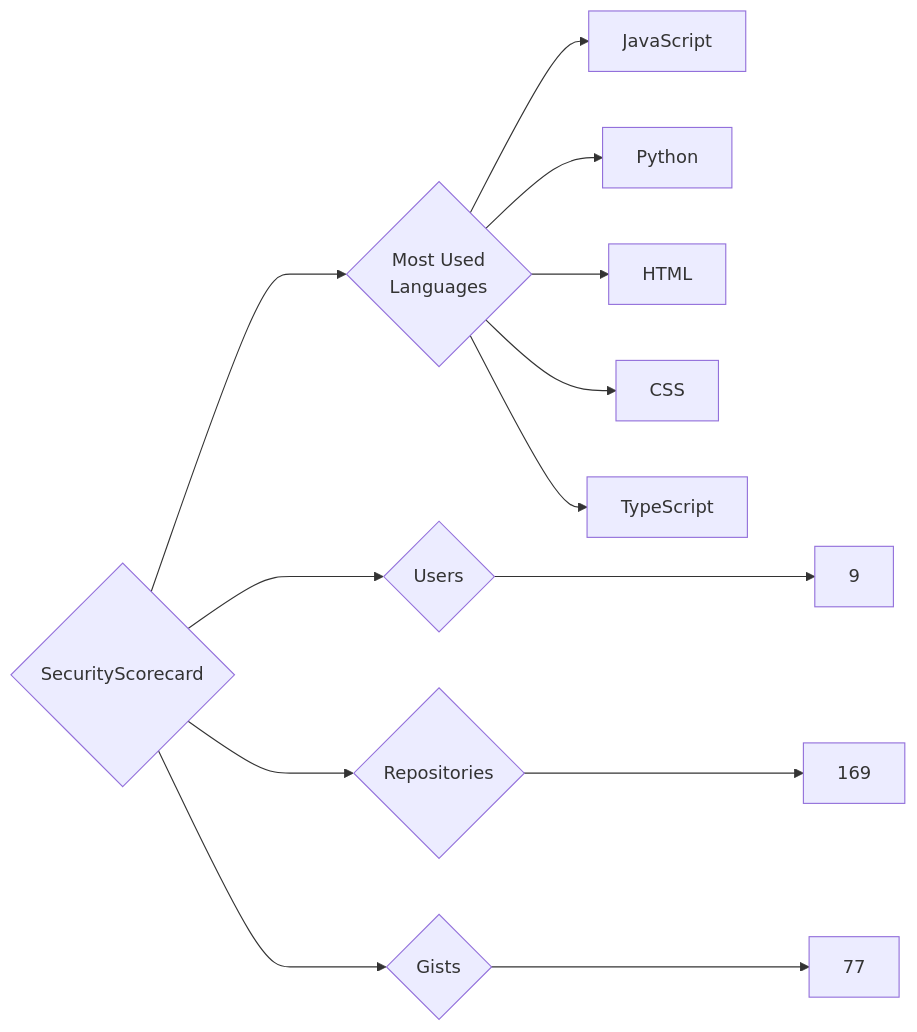
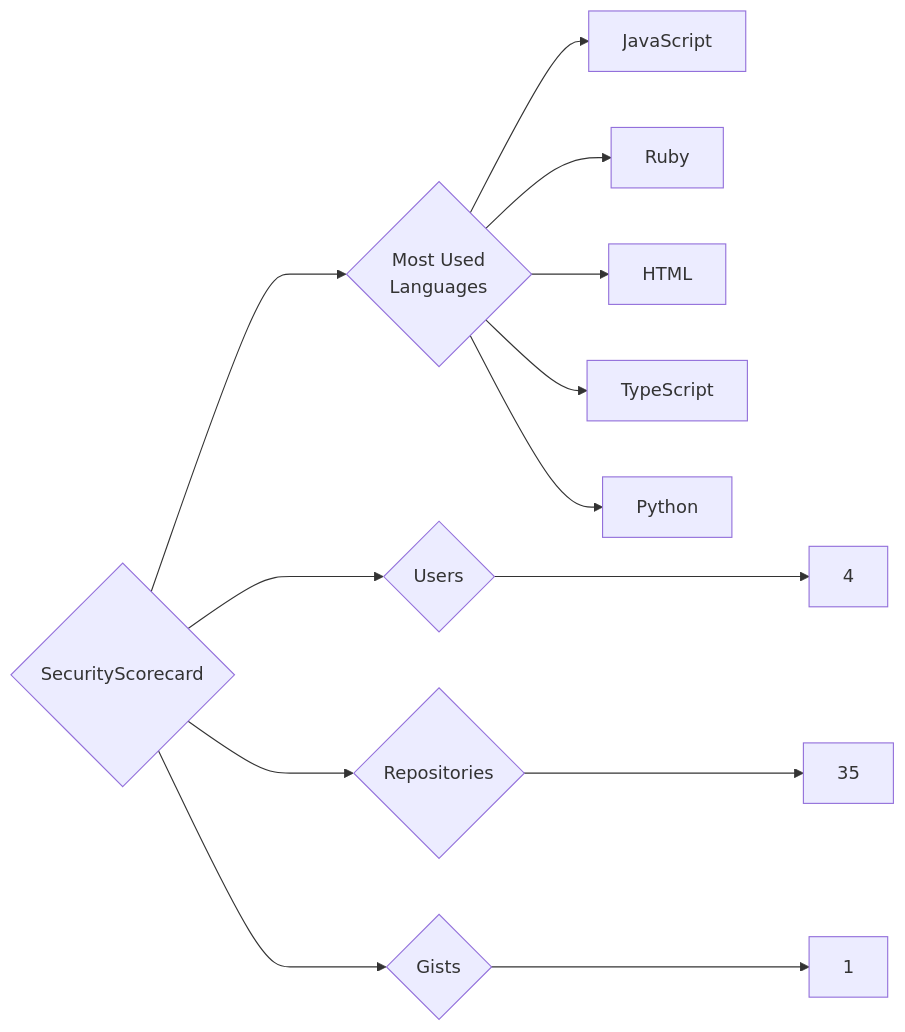
Before and after one commit to trickest/insiders: the diagram in targets/SecurityScorecard/README.md, drawn with Mermaid. The commit also changed 1496 other files, not shown here.

````diff
--- a/targets/SecurityScorecard/README.md
+++ b/targets/SecurityScorecard/README.md
@@ -3,13 +3,13 @@
 ```mermaid
 graph LR
 COMPANY_NAME{SecurityScorecard}
-COMPANY_NAME ---> U{Users} ---> UN[9]
-COMPANY_NAME ---> R{Repositories} ---> RN[169]
-COMPANY_NAME ---> G{Gists} ---> GN[77]
+COMPANY_NAME ---> U{Users} ---> UN[4]
+COMPANY_NAME ---> R{Repositories} ---> RN[35]
+COMPANY_NAME ---> G{Gists} ---> GN[1]
 COMPANY_NAME ---> ML{Most Used<br>Languages}
 ML --> JavaScript[JavaScript]
+ML --> Ruby[Ruby]
+ML --> HTML[HTML]
+ML --> TypeScript[TypeScript]
 ML --> Python[Python]
-ML --> HTML[HTML]
-ML --> CSS[CSS]
-ML --> TypeScript[TypeScript]
 ```
````
